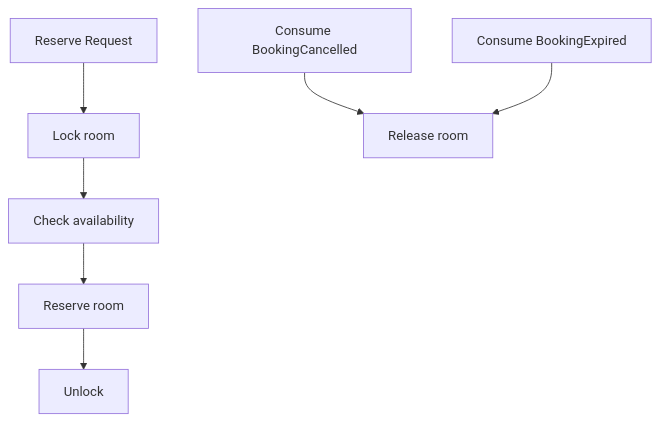
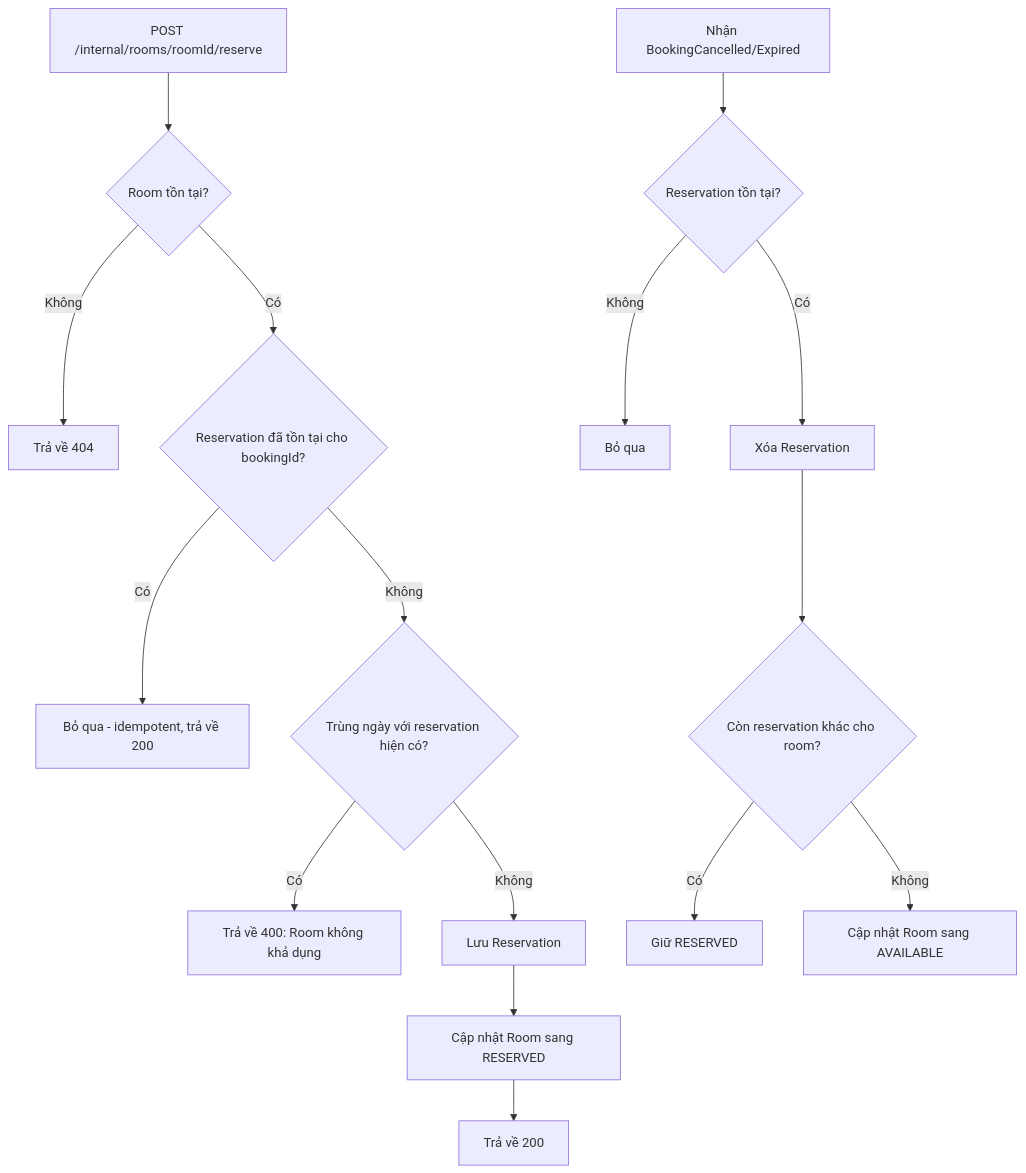
One commit to bangit14/WebBanHang-Project changed the fifth of 6 diagrams in analysis-and-design-ddd.md. Above: the diagram before and after it, drawn with Mermaid. The commit also changed other lines of this file, not shown here.

````diff
--- a/analysis-and-design-ddd.md
+++ b/analysis-and-design-ddd.md
@@ -223,10 +303,19 @@
 ```mermaid
 flowchart TD
-    A[Reserve Request] --> B[Lock room]
-    B --> C[Check availability]
-    C --> D[Reserve room]
-    D --> E[Unlock]
+    A[POST /internal/rooms/roomId/reserve] --> B{Room tồn tại?}
+    B -->|Không| C[Trả về 404]
+    B -->|Có| D{Reservation đã tồn tại cho bookingId?}
+    D -->|Có| E[Bỏ qua - idempotent, trả về 200]
+    D -->|Không| F{Trùng ngày với reservation hiện có?}
+    F -->|Có| G[Trả về 400: Room không khả dụng]
+    F -->|Không| H[Lưu Reservation]
+    H --> I[Cập nhật Room sang RESERVED]
+    I --> J[Trả về 200]
 
-    F[Consume BookingCancelled] --> G[Release room]
-    H[Consume BookingExpired] --> G
+    K[Nhận BookingCancelled/Expired] --> L{Reservation tồn tại?}
+    L -->|Không| M[Bỏ qua]
+    L -->|Có| N[Xóa Reservation]
+    N --> O{Còn reservation khác cho room?}
+    O -->|Có| P[Giữ RESERVED]
+    O -->|Không| Q[Cập nhật Room sang AVAILABLE]
 ```
````
